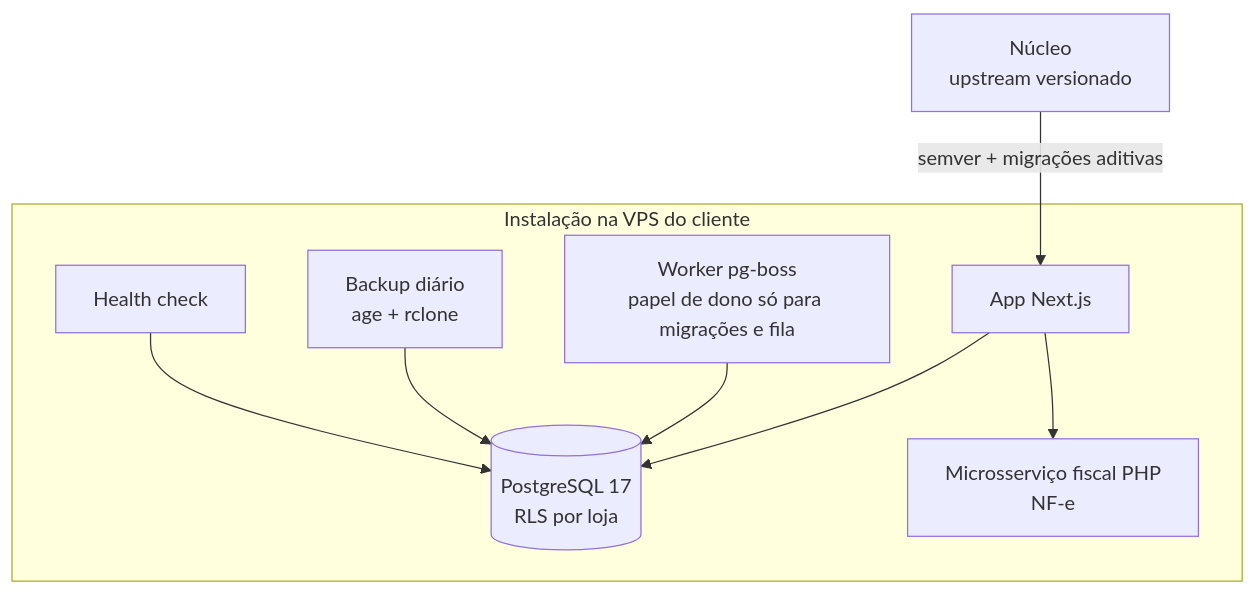
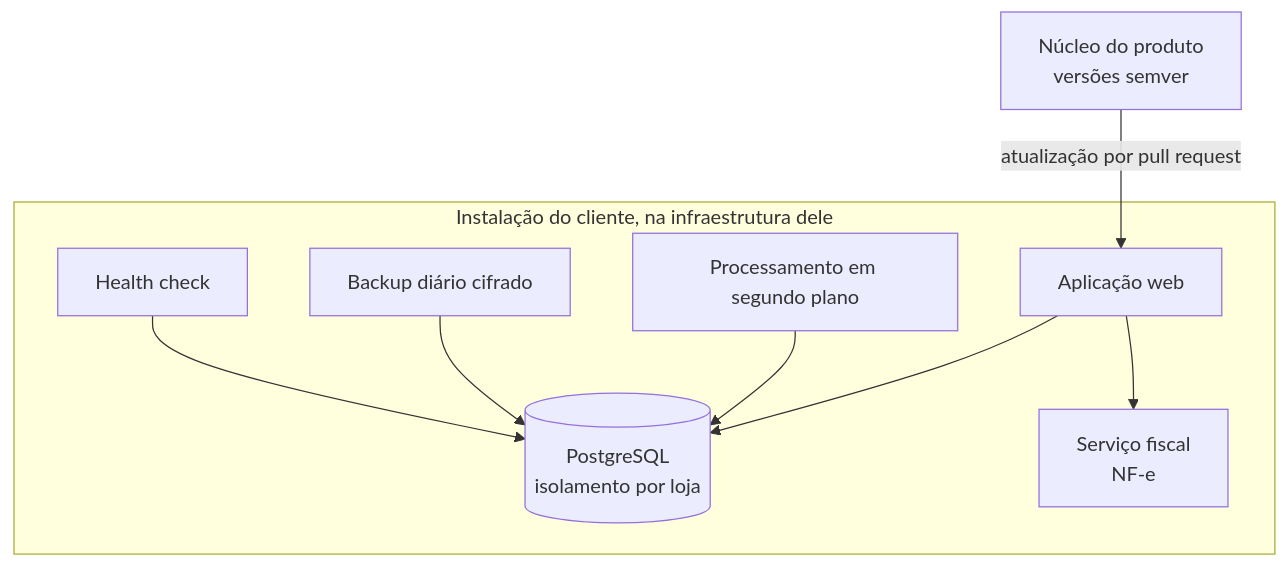
Before and after one commit to DevAlify/engineering-cases: the diagram in cases/genoma-erp.md, drawn with Mermaid. The commit also changed other lines of this file and 7 other files, not shown here.

````diff
--- a/cases/genoma-erp.md
+++ b/cases/genoma-erp.md
@@ -16,11 +16,11 @@
 ```mermaid
 flowchart TB
-  UP[Núcleo<br/>upstream versionado] -->|semver + migrações aditivas| APP
-  subgraph INST[Instalação na VPS do cliente]
-    APP[App Next.js] --> DB[(PostgreSQL 17<br/>RLS por loja)]
-    WK[Worker pg-boss<br/>papel de dono só para migrações e fila] --> DB
-    APP --> FIS[Microsserviço fiscal PHP<br/>NF-e]
-    BK[Backup diário<br/>age + rclone] --> DB
+  UP[Núcleo do produto<br/>versões semver] -->|atualização por pull request| APP
+  subgraph INST[Instalação do cliente, na infraestrutura dele]
+    APP[Aplicação web] --> DB[(PostgreSQL<br/>isolamento por loja)]
+    WK[Processamento em segundo plano] --> DB
+    APP --> FIS[Serviço fiscal<br/>NF-e]
+    BK[Backup diário cifrado] --> DB
     HC[Health check] --> DB
   end
 ```
````
